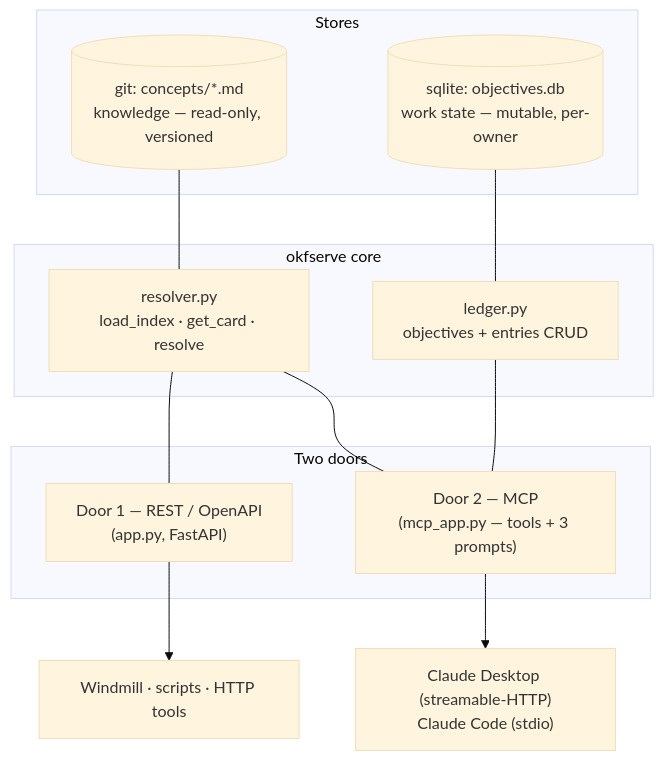
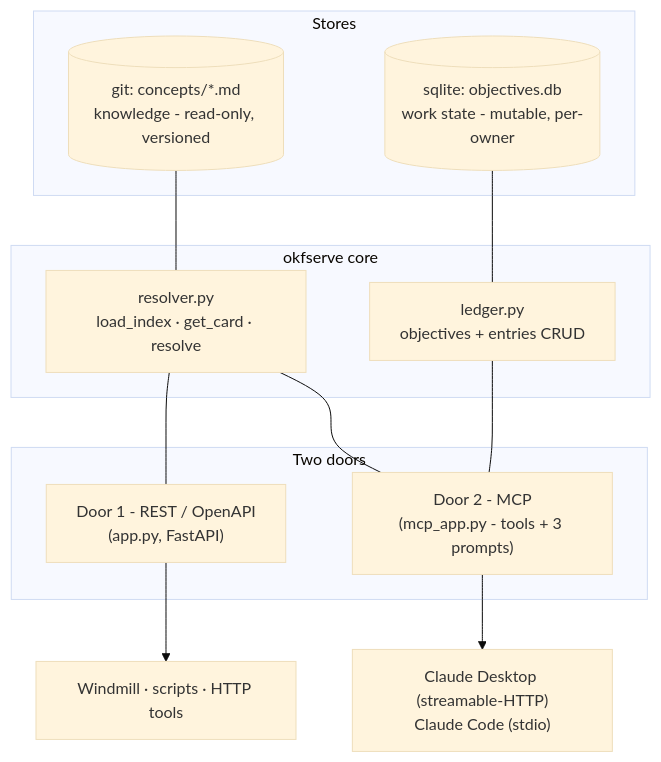
The fourth of 9 diagrams in knowledge/okf/docs/OKF-Pipeline.md (voyagerforge-dev/hive-intelligence), drawn with Mermaid (base theme) before and after one commit. The commit also changed other lines of this file, not shown here.

````diff
--- a/knowledge/okf/docs/OKF-Pipeline.md
+++ b/knowledge/okf/docs/OKF-Pipeline.md
@@ -396,25 +393,25 @@
 ```mermaid
 flowchart TB
     subgraph stores["Stores"]
-        git[("git: concepts/*.md<br/>knowledge — read-only, versioned")]
-        db[("sqlite: objectives.db<br/>work state — mutable, per-owner")]
+        git[("git: concepts/*.md<br/>knowledge - read-only, versioned")]
+        db[("sqlite: objectives.db<br/>work state - mutable, per-owner")]
     end
 
     subgraph core["okfserve core"]
         resolver["resolver.py<br/>load_index · get_card · resolve"]
         ledgerc["ledger.py<br/>objectives + entries CRUD"]
     end
 
     subgraph doors["Two doors"]
-        rest["Door 1 — REST / OpenAPI<br/>(app.py, FastAPI)"]
-        mcp["Door 2 — MCP<br/>(mcp_app.py — tools + 3 prompts)"]
+        rest["Door 1 - REST / OpenAPI<br/>(app.py, FastAPI)"]
+        mcp["Door 2 - MCP<br/>(mcp_app.py - tools + 3 prompts)"]
     end
 
     git --- resolver
     db --- ledgerc
     resolver --- rest & mcp
     ledgerc --- mcp
 
     rest --> callers["Windmill · scripts · HTTP tools"]
     mcp --> claude["Claude Desktop (streamable-HTTP)<br/>Claude Code (stdio)"]
 ```
````
